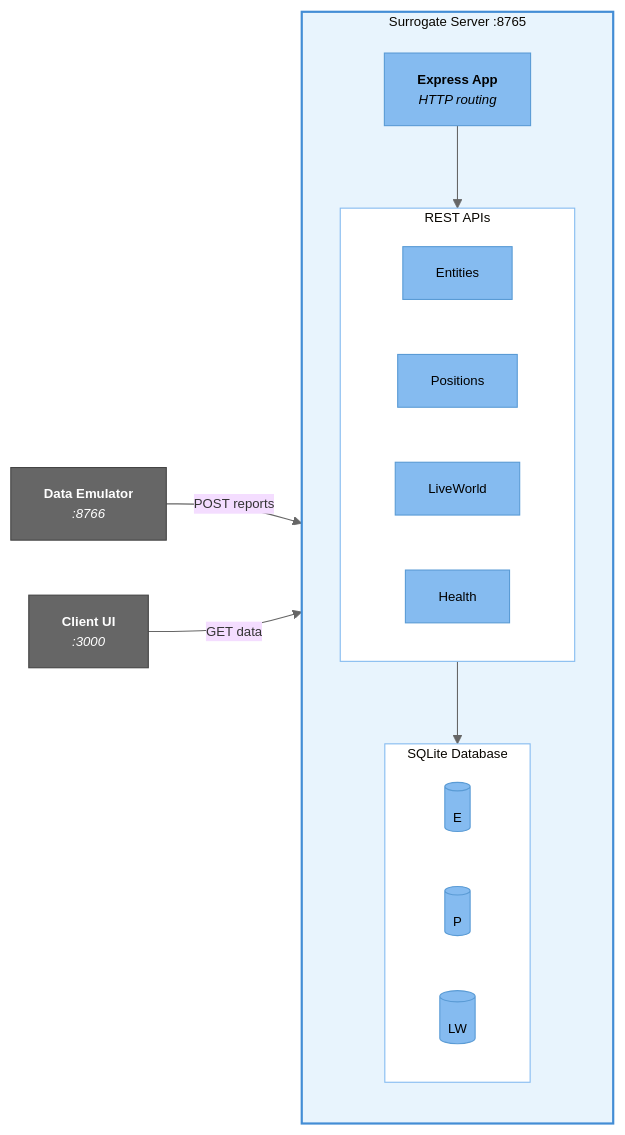
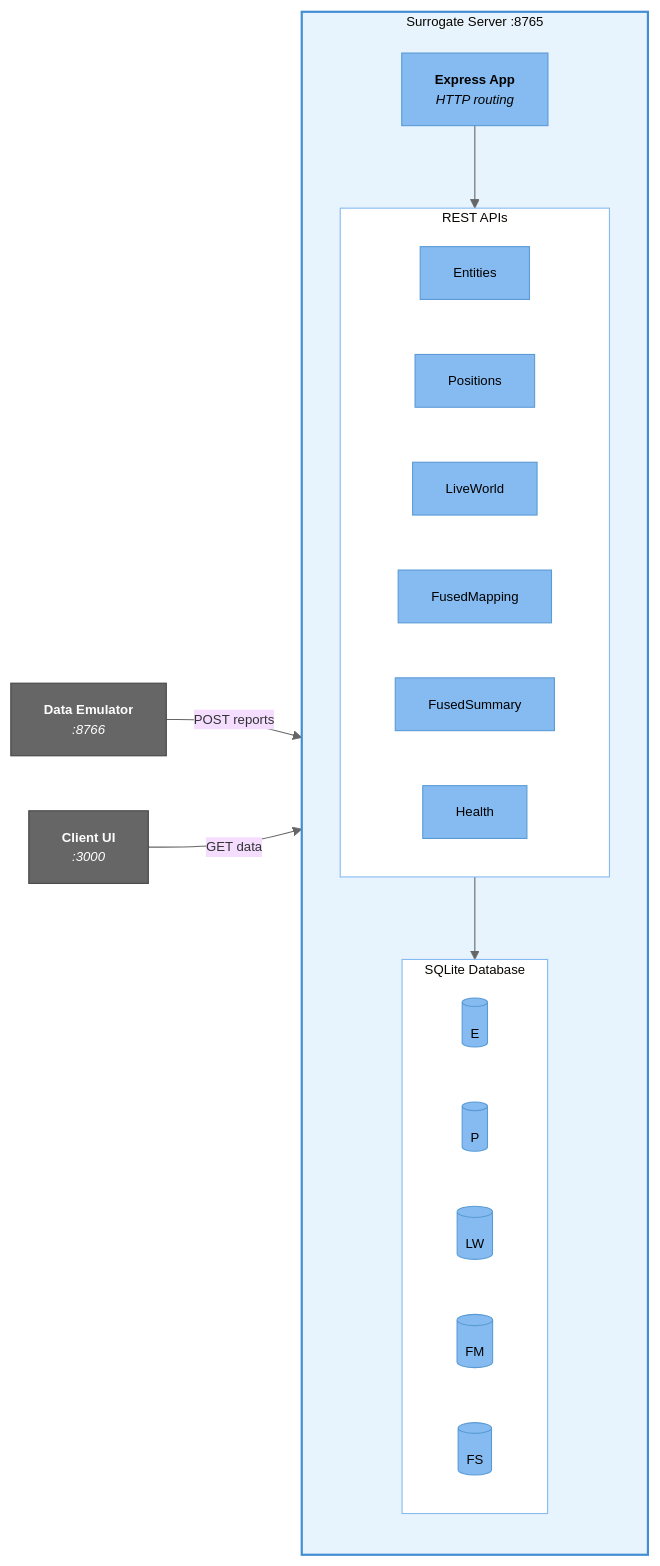
Before and after one commit to ericpauls/disco_workspace: the third of 6 diagrams in docs/c4-architecture-diagram.md, drawn with Mermaid. The commit also changed other lines of this file and 3 other files, not shown here.

````diff
--- a/docs/c4-architecture-diagram.md
+++ b/docs/c4-architecture-diagram.md
@@ -104,41 +106,45 @@
 ```mermaid
 %%{init: {'theme': 'base', 'themeVariables': { 'lineColor': '#666', 'fontSize': '12px'}}}%%
 flowchart LR
     subgraph server["Surrogate Server :8765"]
         direction TB
         express["<b>Express App</b><br/><i>HTTP routing</i>"]
 
         subgraph apis["REST APIs"]
             entities["Entities"]
             positions["Positions"]
             liveworld["LiveWorld"]
+            fusedMapping["FusedMapping"]
+            fusedSummary["FusedSummary"]
             health["Health"]
         end
 
         subgraph stores["SQLite Database"]
             e_db[("E")]
             p_db[("P")]
             lw_db[("LW")]
+            fm_db[("FM")]
+            fs_db[("FS")]
         end
 
         express --> apis
         apis --> stores
     end
 
     emulator["<b>Data Emulator</b><br/><i>:8766</i>"]
     client["<b>Client UI</b><br/><i>:3000</i>"]
 
     emulator -->|POST reports| apis
     client -->|GET data| apis
 
     classDef comp fill:#85BBF0,stroke:#5A9BD5,color:#000
     classDef sbox fill:#E8F4FD,stroke:#438DD5,stroke-width:2px
     classDef ext fill:#666,stroke:#444,color:#fff
     classDef inner fill:#fff,stroke:#85BBF0,stroke-width:1px
 
-    class express,entities,positions,liveworld,health comp
-    class e_db,p_db,lw_db comp
+    class express,entities,positions,liveworld,fusedMapping,fusedSummary,health comp
+    class e_db,p_db,lw_db,fm_db,fs_db comp
     class server sbox
     class emulator,client ext
     class apis,stores inner
 ```
````
